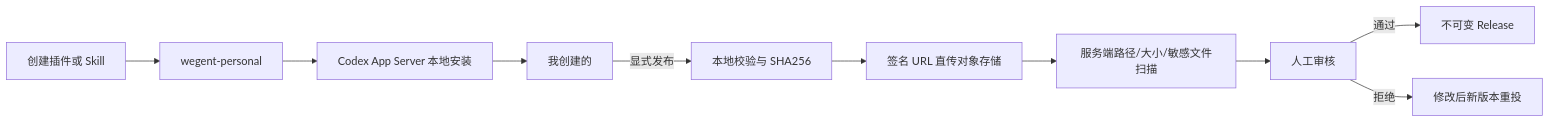
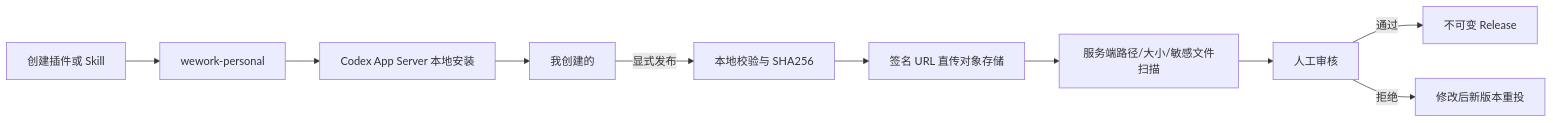
One commit to wecode-ai/Wegent changed the third of 3 diagrams in docs/zh/wework/developer-guide/plugin-marketplace-v2.md. Above: the diagram before and after it, drawn with Mermaid. The commit also changed other lines of this file and 4 other files, not shown here.

First line of the commit message:
docs(wework): align personal marketplace naming

````diff
--- a/docs/zh/wework/developer-guide/plugin-marketplace-v2.md
+++ b/docs/zh/wework/developer-guide/plugin-marketplace-v2.md
@@ -153,12 +153,12 @@
 ```mermaid
 flowchart LR
-  A[创建插件或 Skill] --> B[wegent-personal]
+  A[创建插件或 Skill] --> B[wework-personal]
   B --> C[Codex App Server 本地安装]
   C --> D[我创建的]
   D -->|显式发布| E[本地校验与 SHA256]
   E --> F[签名 URL 直传对象存储]
   F --> G[服务端路径/大小/敏感文件扫描]
   G --> H[人工审核]
   H -->|通过| I[不可变 Release]
   H -->|拒绝| J[修改后新版本重投]
 ```
````
